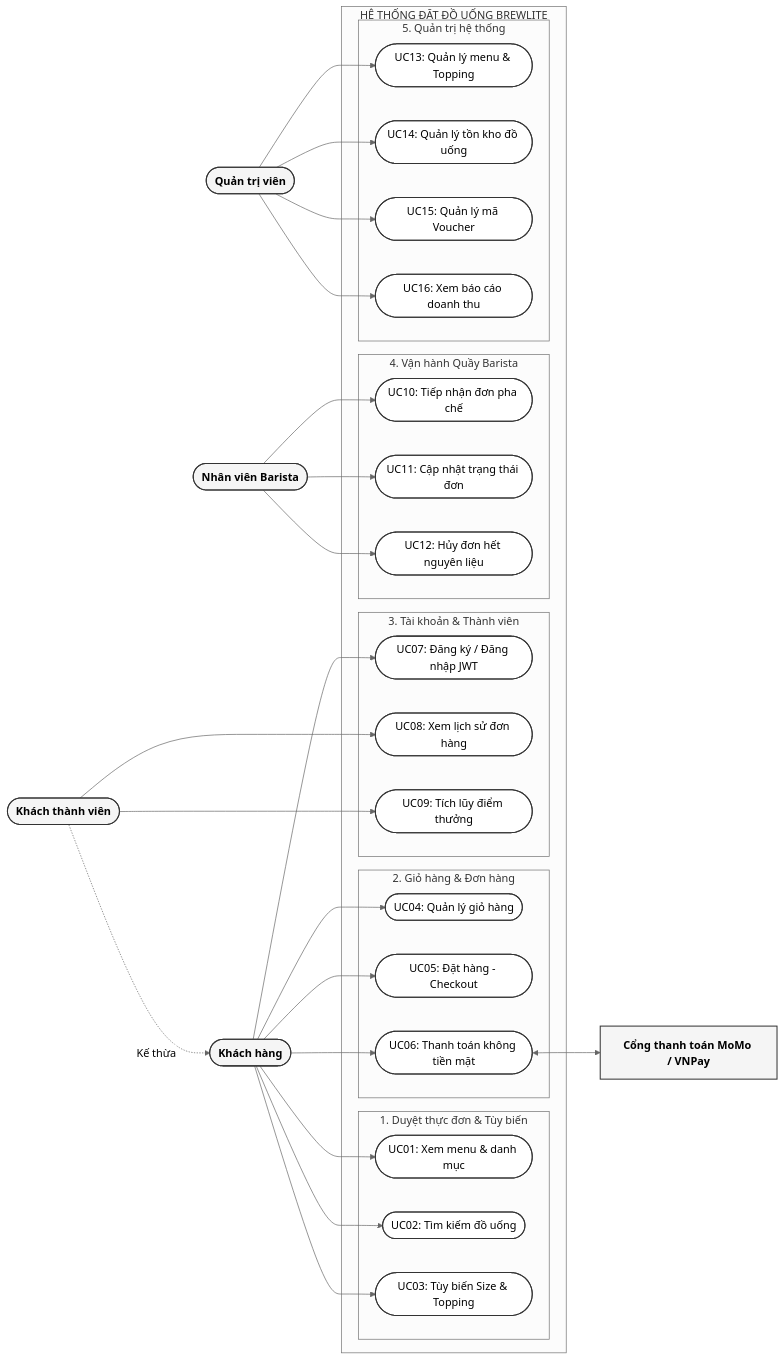
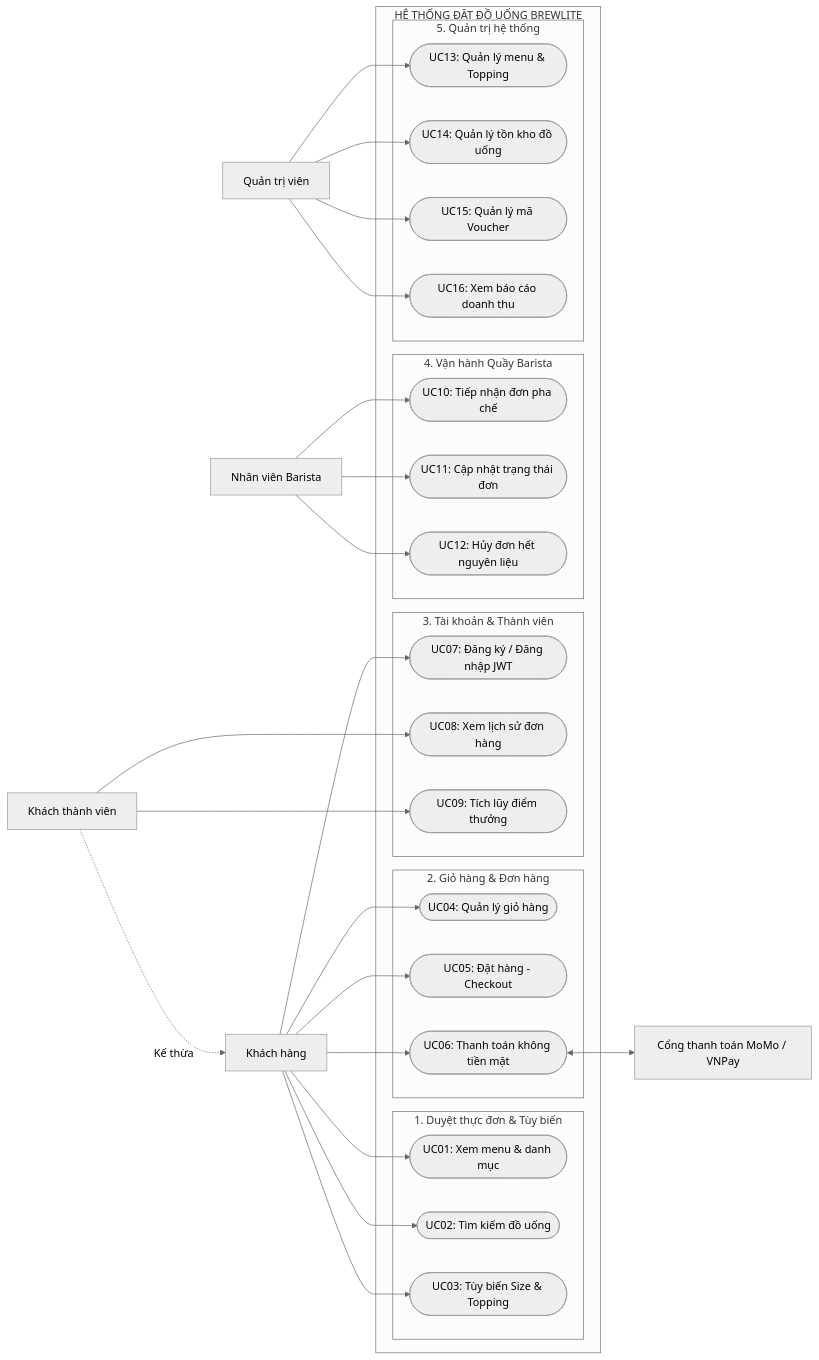
One commit to nphat-code/swe-project changed the first of 2 diagrams in docs/requirements/system-requirements-matrix.md. Above: the diagram before and after it, drawn with Mermaid (neutral theme). The commit also changed 1 other file, not shown here.

Commit message:
docs(diagrams): strip emojis and custom styling from Mermaid use case diagram

````diff
--- a/docs/requirements/system-requirements-matrix.md
+++ b/docs/requirements/system-requirements-matrix.md
@@ -20,71 +20,65 @@
 ```mermaid
 flowchart LR
-    Customer([Khách hàng]):::actorStyle
-    Member([Khách thành viên]):::actorStyle
-    Barista([Nhân viên Barista]):::actorStyle
-    Admin([Quản trị viên]):::actorStyle
-    PaymentGW[Cổng thanh toán MoMo / VNPay]:::systemActorStyle
+    Customer[Khách hàng]
+    Member[Khách thành viên]
+    Barista[Nhân viên Barista]
+    Admin[Quản trị viên]
+    PaymentGW[Cổng thanh toán MoMo / VNPay]
 
     Member -.->|Kế thừa| Customer
 
     subgraph SystemBoundary [HỆ THỐNG ĐẶT ĐỒ UỐNG BREWLITE]
         subgraph SubMenu [1. Duyệt thực đơn & Tùy biến]
-            UC01([UC01: Xem menu & danh mục]):::ucStyle
-            UC02([UC02: Tìm kiếm đồ uống]):::ucStyle
-            UC03([UC03: Tùy biến Size & Topping]):::ucStyle
+            UC01([UC01: Xem menu & danh mục])
+            UC02([UC02: Tìm kiếm đồ uống])
+            UC03([UC03: Tùy biến Size & Topping])
         end
 
         subgraph SubOrder [2. Giỏ hàng & Đơn hàng]
-            UC04([UC04: Quản lý giỏ hàng]):::ucStyle
-            UC05([UC05: Đặt hàng - Checkout]):::ucStyle
-            UC06([UC06: Thanh toán không tiền mặt]):::ucStyle
+            UC04([UC04: Quản lý giỏ hàng])
+            UC05([UC05: Đặt hàng - Checkout])
+            UC06([UC06: Thanh toán không tiền mặt])
         end
 
         subgraph SubAuth [3. Tài khoản & Thành viên]
-            UC07([UC07: Đăng ký / Đăng nhập JWT]):::ucStyle
-            UC08([UC08: Xem lịch sử đơn hàng]):::ucStyle
-            UC09([UC09: Tích lũy điểm thưởng]):::ucStyle
+            UC07([UC07: Đăng ký / Đăng nhập JWT])
+            UC08([UC08: Xem lịch sử đơn hàng])
+            UC09([UC09: Tích lũy điểm thưởng])
         end
 
         subgraph SubBarista [4. Vận hành Quầy Barista]
-            UC10([UC10: Tiếp nhận đơn pha chế]):::staffUcStyle
-            UC11([UC11: Cập nhật trạng thái đơn]):::staffUcStyle
-            UC12([UC12: Hủy đơn hết nguyên liệu]):::staffUcStyle
+            UC10([UC10: Tiếp nhận đơn pha chế])
+            UC11([UC11: Cập nhật trạng thái đơn])
+            UC12([UC12: Hủy đơn hết nguyên liệu])
         end
 
         subgraph SubAdmin [5. Quản trị hệ thống]
-            UC13([UC13: Quản lý menu & Topping]):::adminUcStyle
-            UC14([UC14: Quản lý tồn kho đồ uống]):::adminUcStyle
-            UC15([UC15: Quản lý mã Voucher]):::adminUcStyle
-            UC16([UC16: Xem báo cáo doanh thu]):::adminUcStyle
+            UC13([UC13: Quản lý menu & Topping])
+            UC14([UC14: Quản lý tồn kho đồ uống])
+            UC15([UC15: Quản lý mã Voucher])
+            UC16([UC16: Xem báo cáo doanh thu])
         end
     end
 
     Customer --> UC01
     Customer --> UC02
     Customer --> UC03
     Customer --> UC04
     Customer --> UC05
     Customer --> UC06
     Customer --> UC07
 
     Member --> UC08
     Member --> UC09
 
     UC06 <--> PaymentGW
 
     Barista --> UC10
     Barista --> UC11
     Barista --> UC12
 
     Admin --> UC13
     Admin --> UC14
     Admin --> UC15
     Admin --> UC16
-
-    classDef actorStyle fill:#f5f5f5,stroke:#333333,stroke-width:1.5px,color:#000000,font-weight:bold
-    classDef systemActorStyle fill:#f5f5f5,stroke:#333333,stroke-width:1.5px,color:#000000,font-weight:bold
-    classDef ucStyle fill:#ffffff,stroke:#333333,stroke-width:1.5px,color:#000000
-    classDef staffUcStyle fill:#ffffff,stroke:#333333,stroke-width:1.5px,color:#000000
-    classDef adminUcStyle fill:#ffffff,stroke:#333333,stroke-width:1.5px,color:#000000
 ```
````
